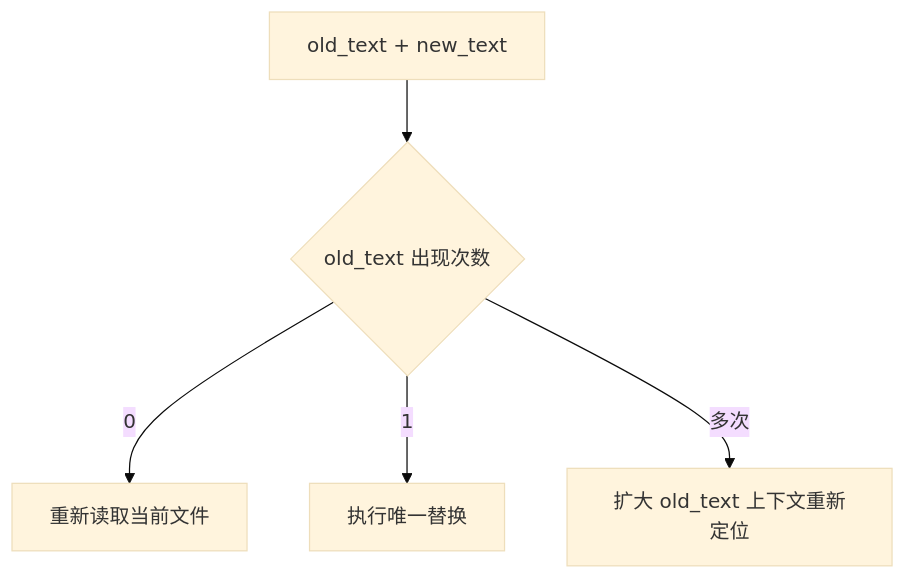
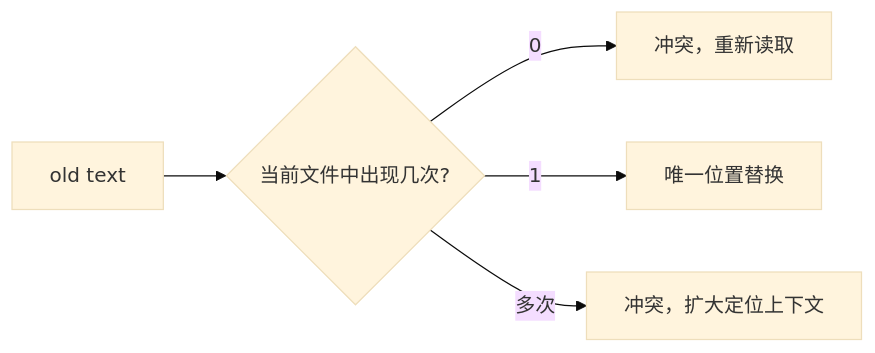
One commit to Arthur999459up/GitAgent changed diagram 11 of 15 in docs/05-capability-and-tool-system.md. Above: the diagram before and after it, drawn with Mermaid (base theme). The commit also changed other lines of this file and 15 other files, not shown here.

````diff
--- a/docs/05-capability-and-tool-system.md
+++ b/docs/05-capability-and-tool-system.md
@@ -632,7 +307,7 @@
 ```mermaid
-flowchart TD
-    A[old_text + new_text] --> C{old_text 出现次数}
-    C -->|0| R[重新读取当前文件]
-    C -->|1| E[执行唯一替换]
-    C -->|多次| M[扩大 old_text 上下文重新定位]
+flowchart LR
+    O[old text] --> C{当前文件中出现几次?}
+    C -->|0| R[冲突，重新读取]
+    C -->|1| E[唯一位置替换]
+    C -->|多次| M[冲突，扩大定位上下文]
 ```
````
